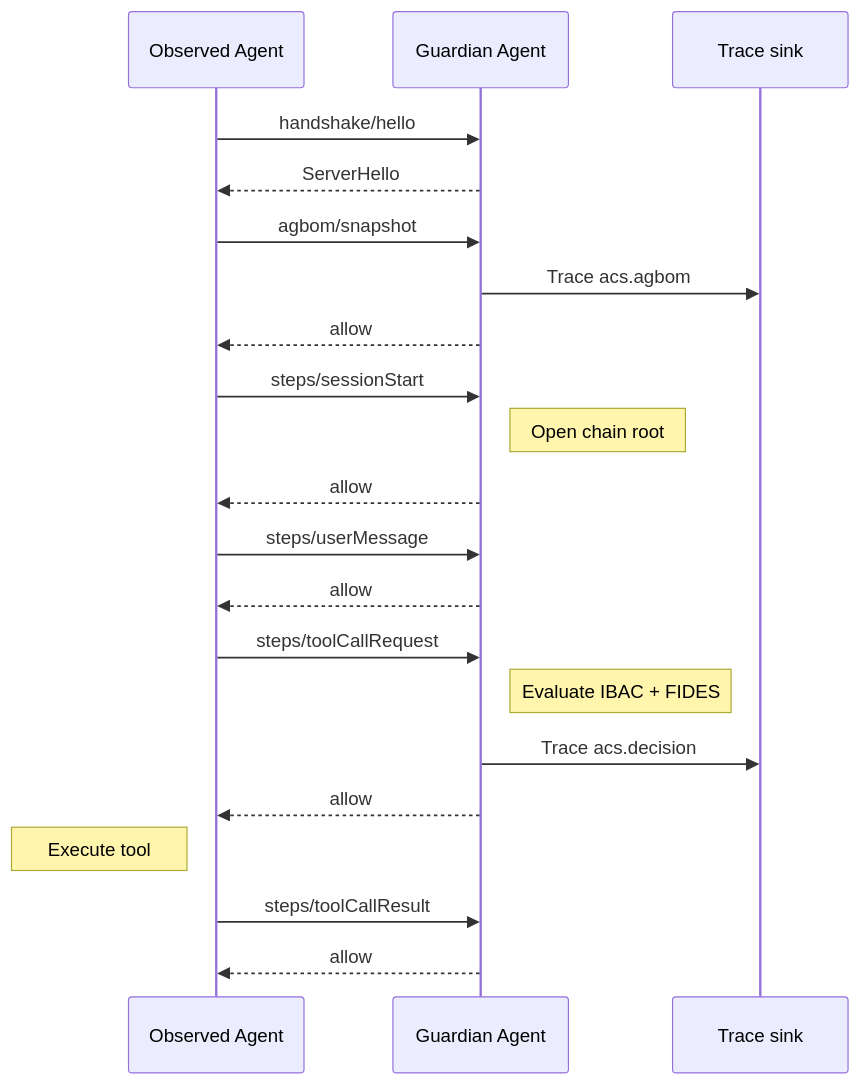
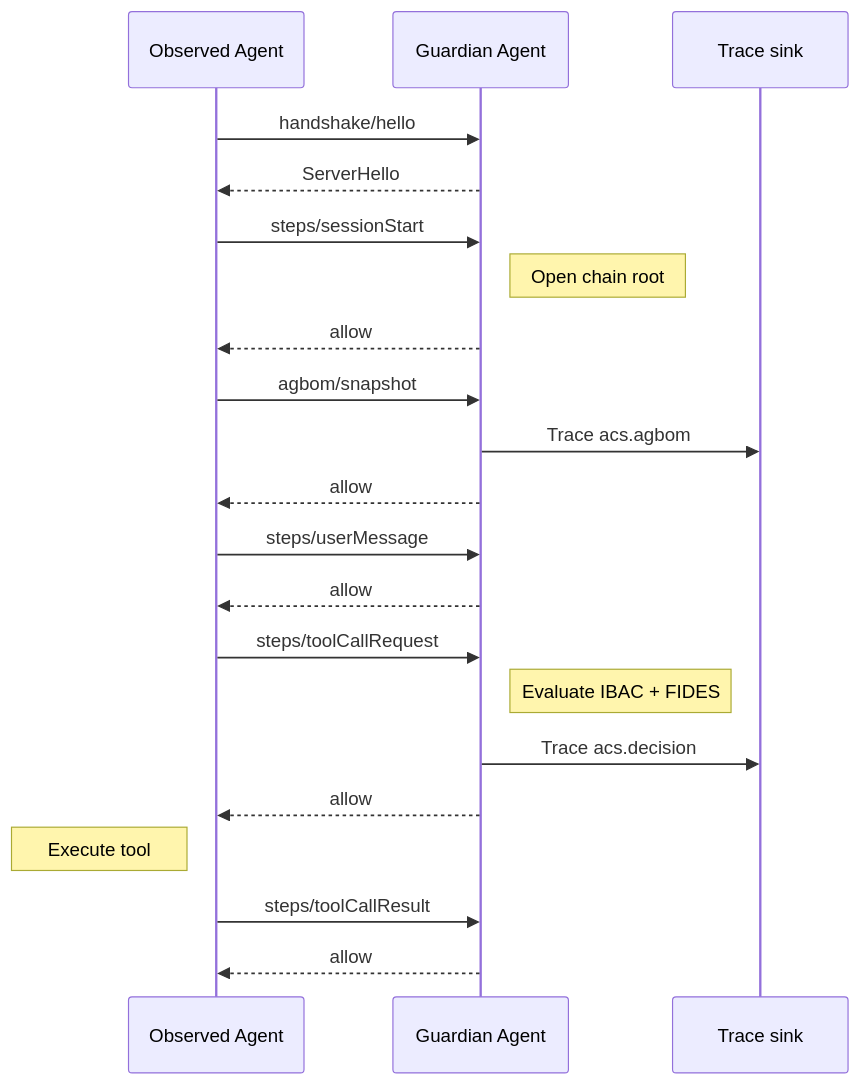
Before and after one commit to GenAI-Security-Project/agent-control-standard: the diagram in docs/topics/ACS_in_action_example.md, drawn with Mermaid. The commit also changed other lines of this file and 67 other files, not shown here.

````diff
--- a/docs/topics/ACS_in_action_example.md
+++ b/docs/topics/ACS_in_action_example.md
@@ -9,24 +9,24 @@
 ```mermaid
 sequenceDiagram
     participant O as Observed Agent
     participant G as Guardian Agent
     participant T as Trace sink
 
     O->>G: handshake/hello
     G-->>O: ServerHello
+    O->>G: steps/sessionStart
+    Note right of G: Open chain root
+    G-->>O: allow
     O->>G: agbom/snapshot
     G->>T: Trace acs.agbom
-    G-->>O: allow
-    O->>G: steps/sessionStart
-    Note right of G: Open chain root
     G-->>O: allow
     O->>G: steps/userMessage
     G-->>O: allow
     O->>G: steps/toolCallRequest
     Note right of G: Evaluate IBAC + FIDES
     G->>T: Trace acs.decision
     G-->>O: allow
     Note left of O: Execute tool
     O->>G: steps/toolCallResult
     G-->>O: allow
 ```
````
